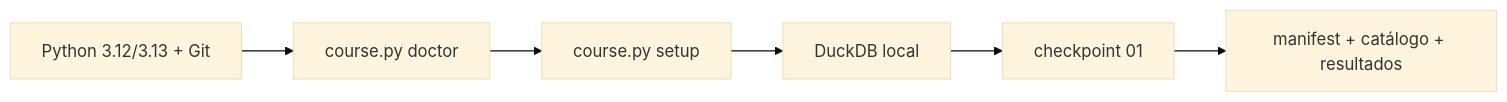
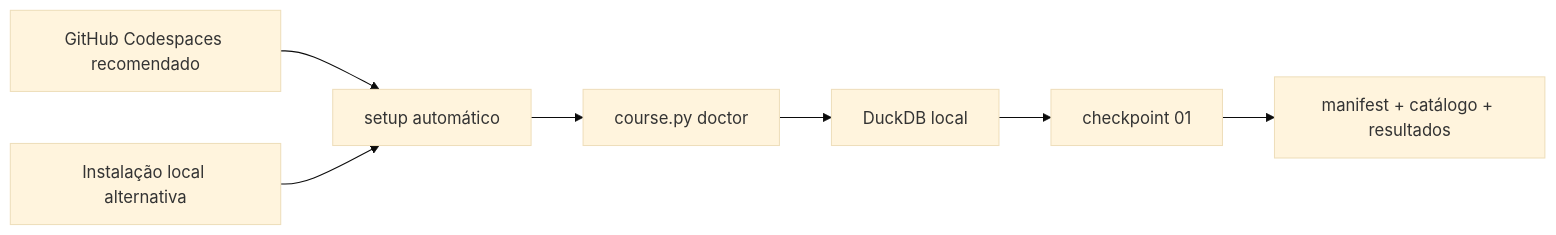
One commit to AnselmoBorges/dbt-moderno-na-pratica changed the diagram in docs/aula-00.md. Above: the diagram before and after it, drawn with Mermaid (base theme). The commit also changed other lines of this file and 22 other files, not shown here.

````diff
--- a/docs/aula-00.md
+++ b/docs/aula-00.md
@@ -7,8 +7,9 @@
 ```mermaid
 flowchart LR
-    A[Python 3.12/3.13 + Git] --> B[course.py doctor]
-    B --> C[course.py setup]
+    A[GitHub Codespaces recomendado] --> B[setup automático]
+    L[Instalação local alternativa] --> B
+    B --> C[course.py doctor]
     C --> D[DuckDB local]
     D --> E[checkpoint 01]
     E --> F[manifest + catálogo + resultados]
 ```
````
